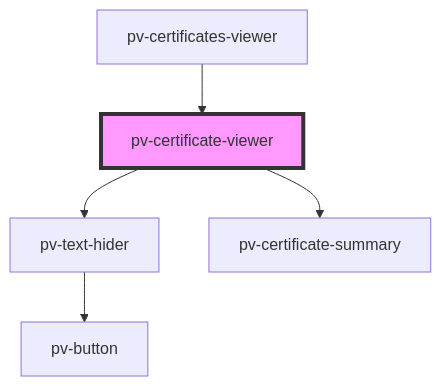
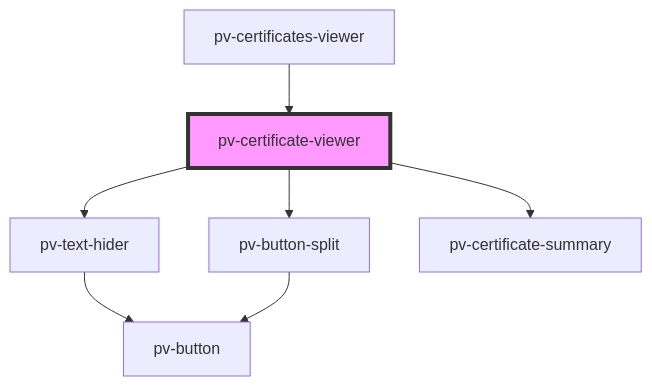
One commit to PeculiarVentures/pv-certificates-viewer changed the diagram in src/components/certificate-viewer/readme.md. Above: the diagram before and after it, drawn with Mermaid. The commit also changed other lines of this file and 9 other files, not shown here.

````diff
--- a/src/components/certificate-viewer/readme.md
+++ b/src/components/certificate-viewer/readme.md
@@ -27,8 +32,10 @@
 ```mermaid
 graph TD;
   pv-certificate-viewer --> pv-text-hider
+  pv-certificate-viewer --> pv-button-split
   pv-certificate-viewer --> pv-certificate-summary
   pv-text-hider --> pv-button
+  pv-button-split --> pv-button
   pv-certificates-viewer --> pv-certificate-viewer
   style pv-certificate-viewer fill:#f9f,stroke:#333,stroke-width:4px
 ```
````
